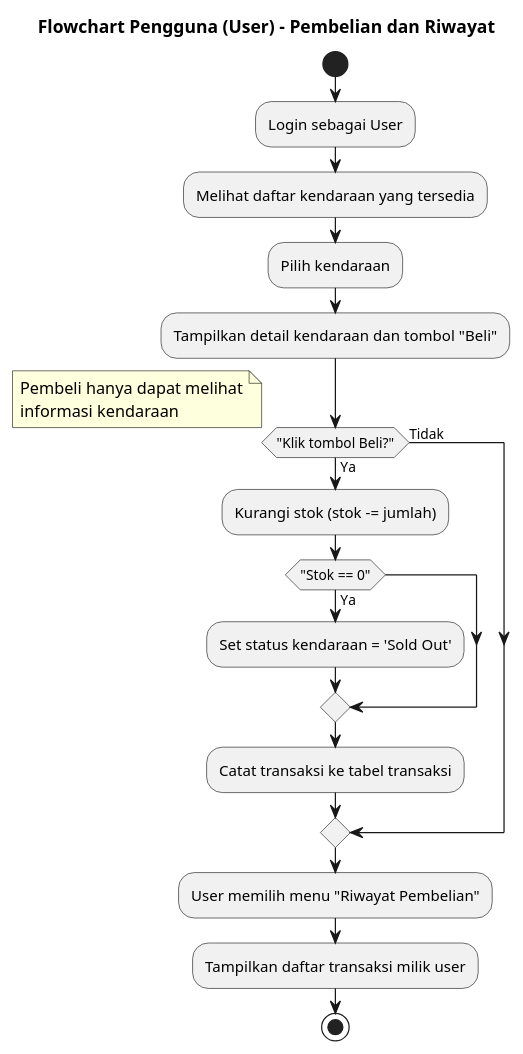
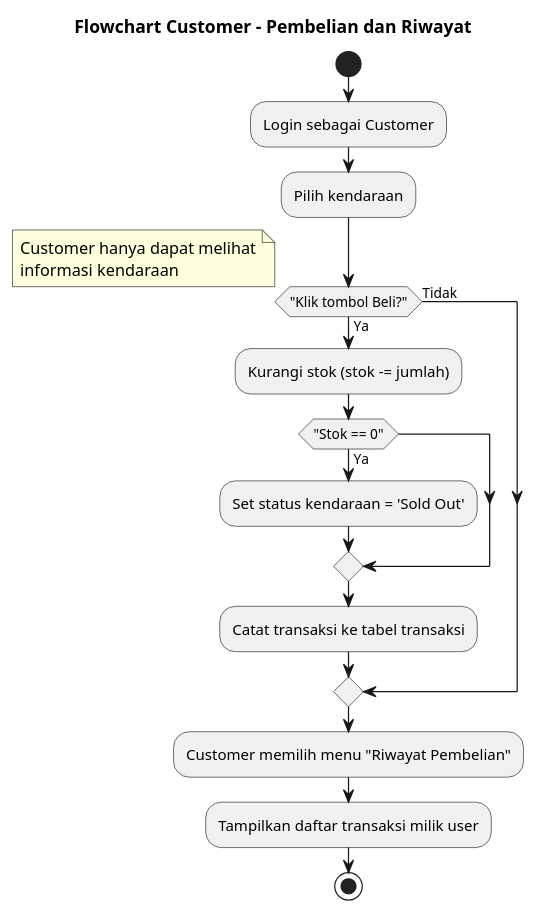
One commit to mrkataktampan/Pemrograman-Web changed the diagram in UTS/Analisa/Flowchart/FC_user.puml. Above: the diagram before and after it, drawn with PlantUML. The commit also changed 71 other files, not shown here.

```diff
--- a/UTS/Analisa/Flowchart/FC_user.puml
+++ b/UTS/Analisa/Flowchart/FC_user.puml
@@ -1,28 +1,25 @@
 @startuml
-title Flowchart Pengguna (User) - Pembelian dan Riwayat
+title Flowchart Customer - Pembelian dan Riwayat
 
 start
-:Login sebagai User;
-:Melihat daftar kendaraan yang tersedia;
+:Login sebagai Customer;
 :Pilih kendaraan;
-
-:Tampilkan detail kendaraan dan tombol "Beli";
 
 if ("Klik tombol Beli?") then (Ya)
     :Kurangi stok (stok -= jumlah);
     if ("Stok == 0") then (Ya)
         :Set status kendaraan = 'Sold Out';
     endif
     :Catat transaksi ke tabel transaksi;
 else (Tidak)
     note right
-    Pembeli hanya dapat melihat
+    Customer hanya dapat melihat
     informasi kendaraan
     end note
 endif
 
-:User memilih menu "Riwayat Pembelian";
+:Customer memilih menu "Riwayat Pembelian";
 :Tampilkan daftar transaksi milik user;
 
 stop
 @enduml
```
